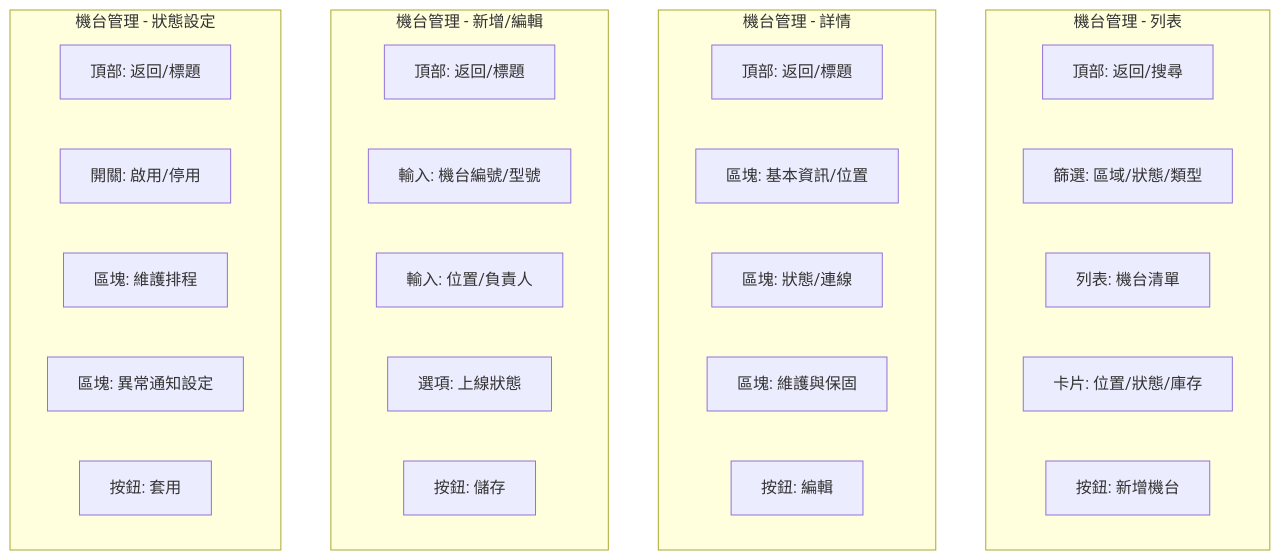
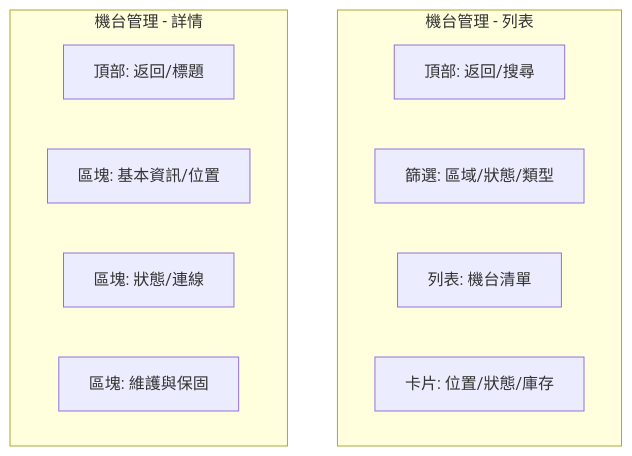
The diagram in docs/gui/role-func/admin-machine-management.mmd (Yang-CMIND/zgovend), drawn with Mermaid before and after one commit. The commit also changed 13 other files, not shown here.

```diff
--- a/docs/gui/role-func/admin-machine-management.mmd
+++ b/docs/gui/role-func/admin-machine-management.mmd
@@ -1,32 +1,14 @@
 flowchart TB
   subgraph A1[機台管理 - 列表]
     A1H[頂部: 返回/搜尋]
     A1S1[篩選: 區域/狀態/類型]
     A1S2[列表: 機台清單]
     A1S3[卡片: 位置/狀態/庫存]
-    A1B1[按鈕: 新增機台]
   end
 
   subgraph A2[機台管理 - 詳情]
     A2H[頂部: 返回/標題]
     A2S1[區塊: 基本資訊/位置]
     A2S2[區塊: 狀態/連線]
     A2S3[區塊: 維護與保固]
-    A2B1[按鈕: 編輯]
   end
-
-  subgraph A3[機台管理 - 新增/編輯]
-    A3H[頂部: 返回/標題]
-    A3S1[輸入: 機台編號/型號]
-    A3S2[輸入: 位置/負責人]
-    A3S3[選項: 上線狀態]
-    A3B1[按鈕: 儲存]
-  end
-
-  subgraph A4[機台管理 - 狀態設定]
-    A4H[頂部: 返回/標題]
-    A4S1[開關: 啟用/停用]
-    A4S2[區塊: 維護排程]
-    A4S3[區塊: 異常通知設定]
-    A4B1[按鈕: 套用]
-  end
```
